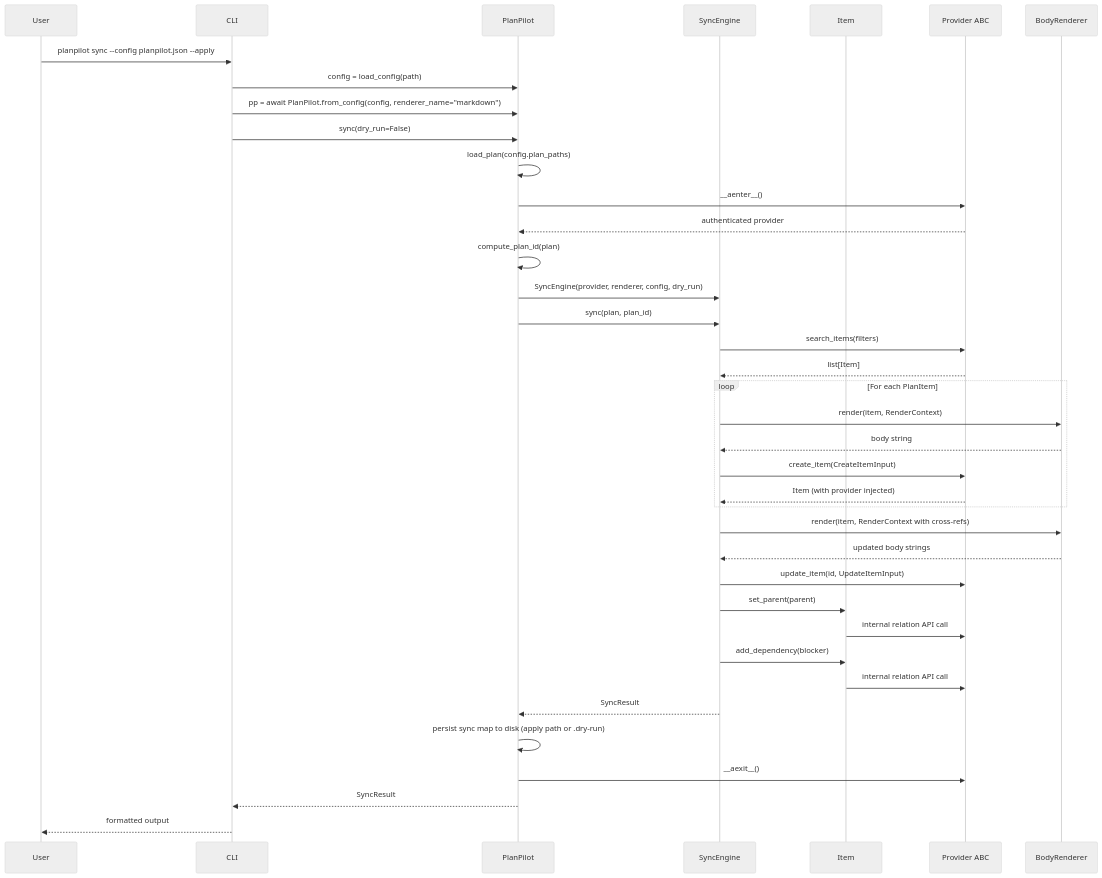
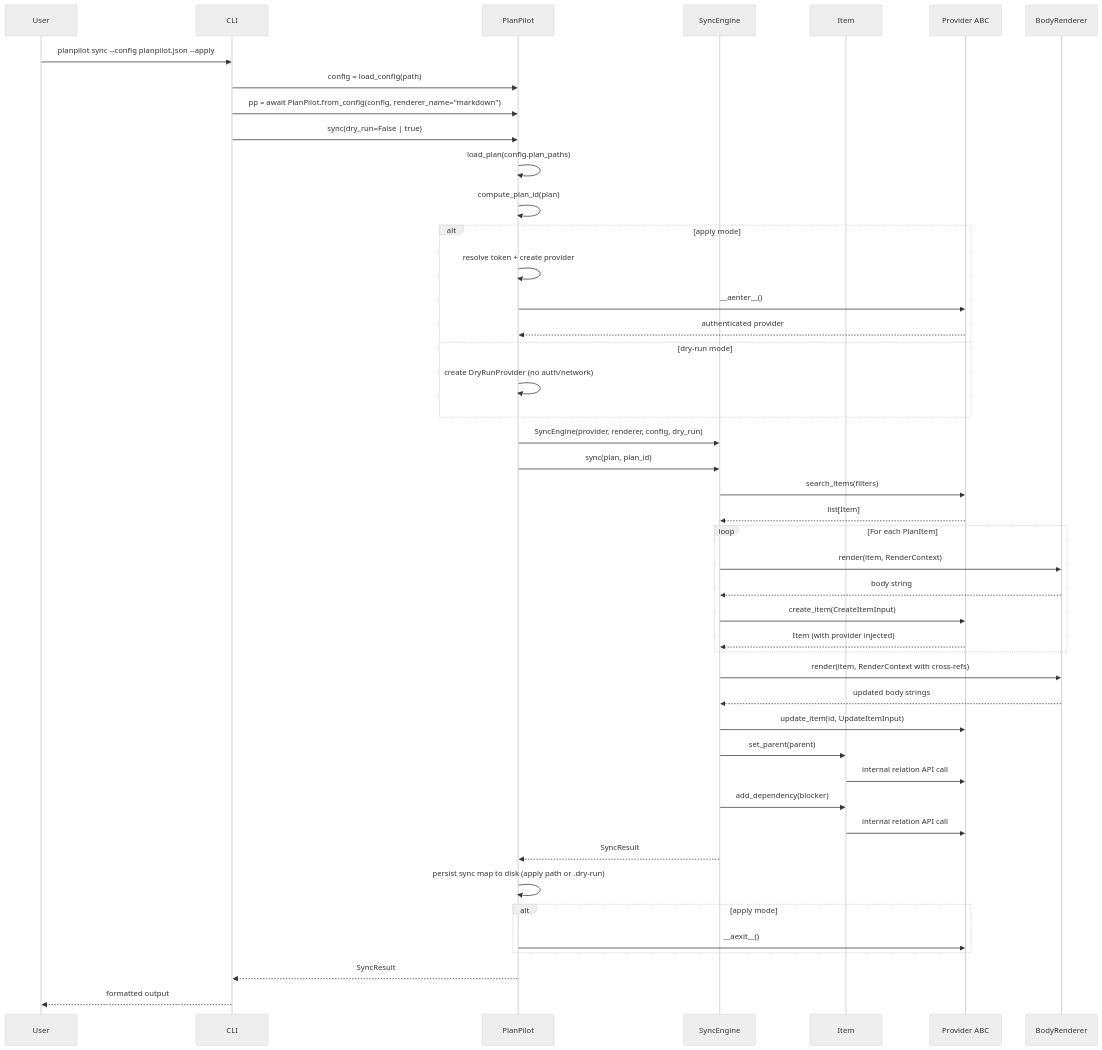
Before and after one commit to aryeko/planpilot: the third of 3 diagrams in docs/v2/design/architecture.md, drawn with Mermaid (neutral theme). The commit also changed other lines of this file and 9 other files, not shown here.

Commit message:
docs(v2): refine dry-run, partial mode, and concurrency contracts

````diff
--- a/docs/v2/design/architecture.md
+++ b/docs/v2/design/architecture.md
@@ -209,47 +209,53 @@
 ```mermaid
 sequenceDiagram
     participant User
     participant CLI
     participant SDK as PlanPilot
     participant Engine as SyncEngine
     participant Item as Item
     participant Provider as Provider ABC
     participant Renderer as BodyRenderer
 
     User->>CLI: planpilot sync --config planpilot.json --apply
     CLI->>SDK: config = load_config(path)
     CLI->>SDK: pp = await PlanPilot.from_config(config, renderer_name="markdown")
-    CLI->>SDK: sync(dry_run=False)
+    CLI->>SDK: sync(dry_run=False | true)
     SDK->>SDK: load_plan(config.plan_paths)
-    SDK->>Provider: __aenter__()
-    Provider-->>SDK: authenticated provider
-
     SDK->>SDK: compute_plan_id(plan)
+    alt apply mode
+        SDK->>SDK: resolve token + create provider
+        SDK->>Provider: __aenter__()
+        Provider-->>SDK: authenticated provider
+    else dry-run mode
+        SDK->>SDK: create DryRunProvider (no auth/network)
+    end
     SDK->>Engine: SyncEngine(provider, renderer, config, dry_run)
     SDK->>Engine: sync(plan, plan_id)
 
     Engine->>Provider: search_items(filters)
     Provider-->>Engine: list[Item]
 
     loop For each PlanItem
         Engine->>Renderer: render(item, RenderContext)
         Renderer-->>Engine: body string
         Engine->>Provider: create_item(CreateItemInput)
         Provider-->>Engine: Item (with provider injected)
     end
 
     Engine->>Renderer: render(item, RenderContext with cross-refs)
     Renderer-->>Engine: updated body strings
     Engine->>Provider: update_item(id, UpdateItemInput)
 
     Engine->>Item: set_parent(parent)
     Item->>Provider: internal relation API call
     Engine->>Item: add_dependency(blocker)
     Item->>Provider: internal relation API call
 
     Engine-->>SDK: SyncResult
     SDK->>SDK: persist sync map to disk (apply path or .dry-run)
-    SDK->>Provider: __aexit__()
+    alt apply mode
+        SDK->>Provider: __aexit__()
+    end
     SDK-->>CLI: SyncResult
     CLI-->>User: formatted output
 ```
````
